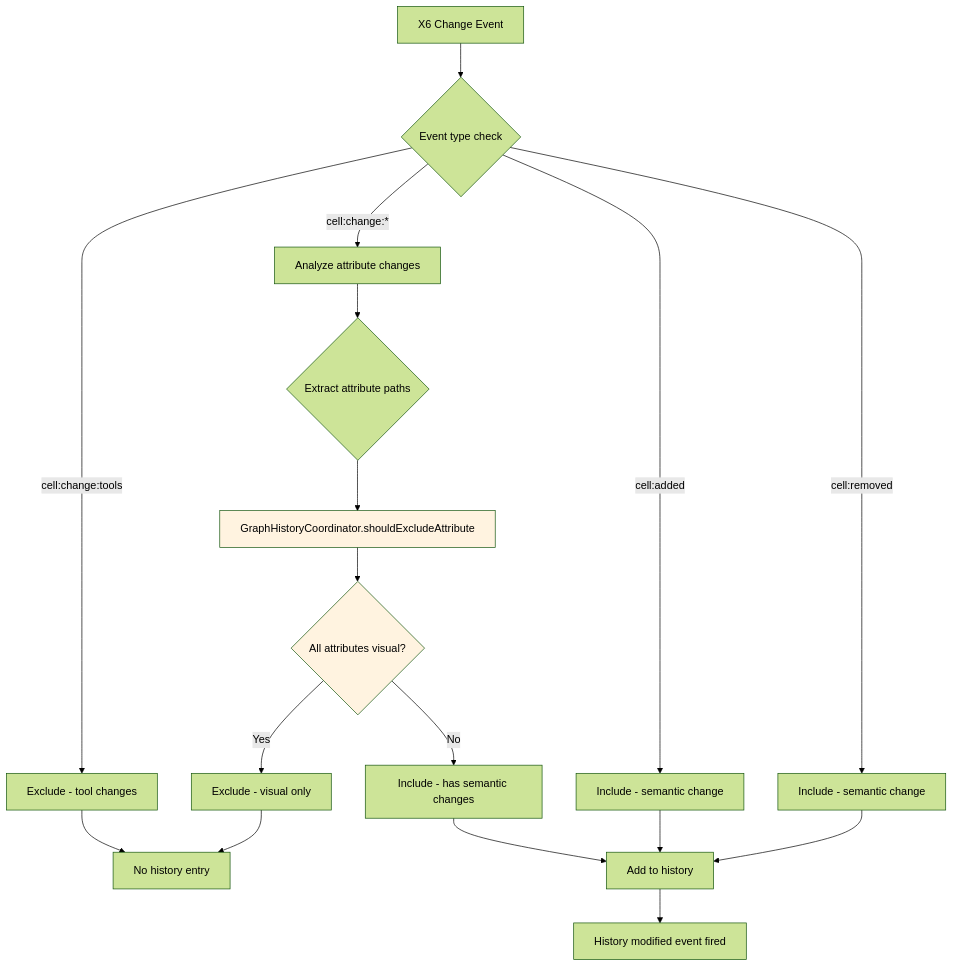
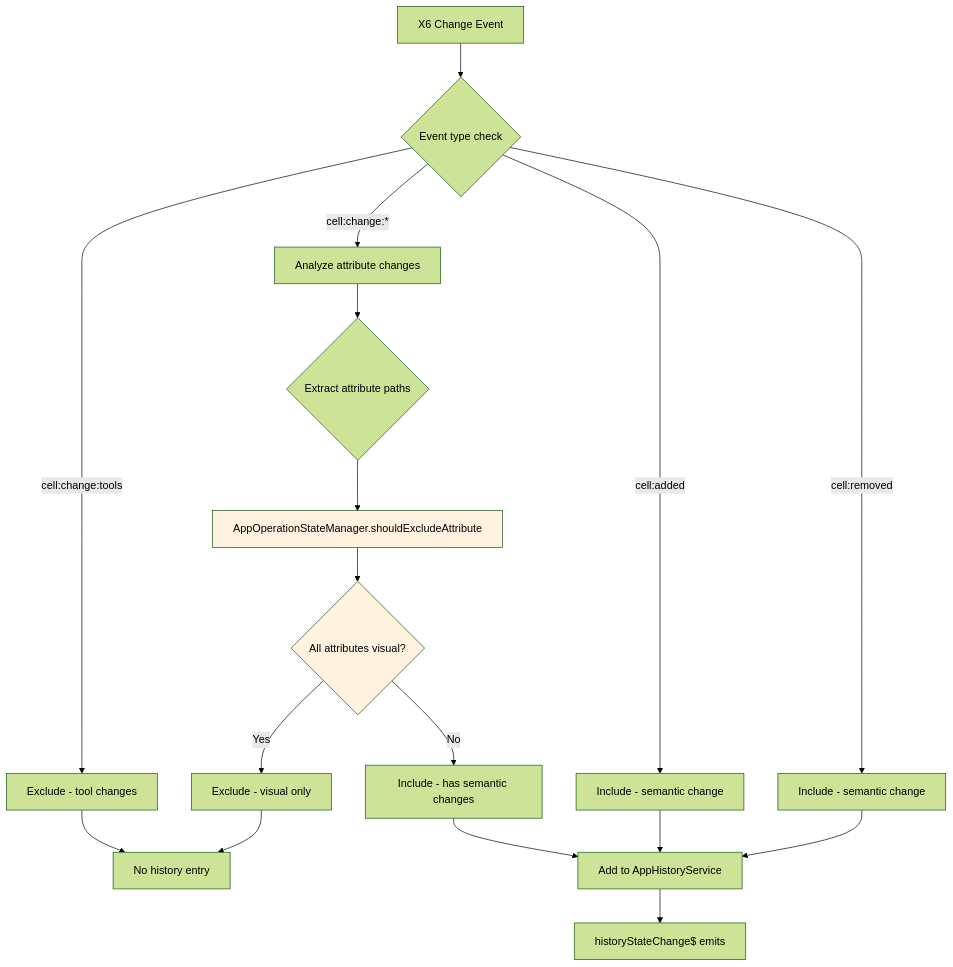
One commit to ericfitz/tmi-ux changed the fourth of 15 diagrams in docs/migrated/reference/architecture/dfd-change-propagation/autosave-decision-tree.md. Above: the diagram before and after it, drawn with Mermaid (forest theme). The commit also changed other lines of this file and 1 other file, not shown here.

````diff
--- a/docs/migrated/reference/architecture/dfd-change-propagation/autosave-decision-tree.md
+++ b/docs/migrated/reference/architecture/dfd-change-propagation/autosave-decision-tree.md
@@ -104,26 +107,26 @@
 ```mermaid
 flowchart TD
     A[X6 Change Event] --> B{Event type check}
     B -->|cell:change:tools| C[Exclude - tool changes]
     B -->|cell:change:*| D[Analyze attribute changes]
     B -->|cell:added| E[Include - semantic change]
     B -->|cell:removed| F[Include - semantic change]
 
     D --> G{Extract attribute paths}
-    G --> H[GraphHistoryCoordinator.shouldExcludeAttribute]
+    G --> H[AppOperationStateManager.shouldExcludeAttribute]
     H --> I{All attributes visual?}
 
     I -->|Yes| J[Exclude - visual only]
     I -->|No| K[Include - has semantic changes]
 
-    E --> L[Add to history]
+    E --> L[Add to AppHistoryService]
     F --> L
     K --> L
-    L --> M[History modified event fired]
+    L --> M[historyStateChange$ emits]
 
     C --> N[No history entry]
     J --> N
 
     style H fill:#fff3e0
     style I fill:#fff3e0
 ```
````
